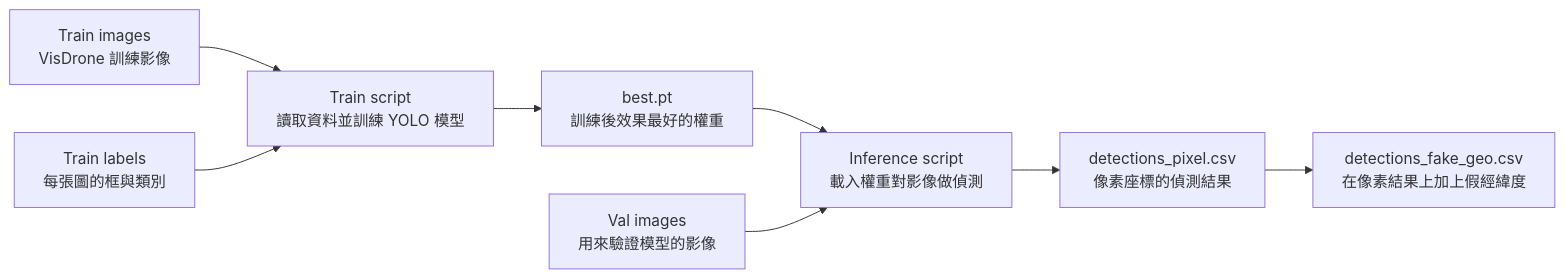
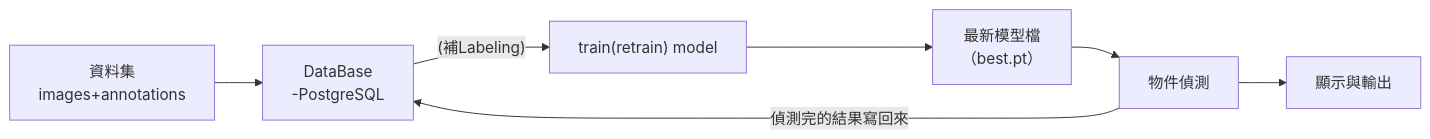
Before and after one commit to shinyau0703-dot/VISDRONE: the diagram in docs/workflow.md, drawn with Mermaid. The commit also changed other lines of this file and 1 other file, not shown here.

````diff
--- a/docs/workflow.md
+++ b/docs/workflow.md
@@ -5,22 +2,22 @@
 ```mermaid
 flowchart LR
-    TrainImgs["Train images<br/>VisDrone 訓練影像"]
-    TrainLbls["Train labels<br/>每張圖的框與類別"]
-    ValImgs["Val images<br/>用來驗證模型的影像"]
 
-    TrainProc["Train script<br/>讀取資料並訓練 YOLO 模型"]
-    Weights["best.pt<br/>訓練後效果最好的權重"]
+    A["資料集<br/>images+annotations"]
+    B["DataBase<br/>-PostgreSQL"]
+    C["train(retrain) model"]
+    D["最新模型檔<br/>（best.pt）"]
+    E["物件偵測"]
+    F["顯示與輸出"]
 
-    InferProc["Inference script<br/>載入權重對影像做偵測"]
-    CsvPix["detections_pixel.csv<br/>像素座標的偵測結果"]
-    CsvGeo["detections_fake_geo.csv<br/>在像素結果上加上假經緯度"]
+    %% 主流程：從圖片到偵測結果
+    A --> B
+    E -->|"偵測完的結果寫回來"| B
 
-    TrainImgs --> TrainProc
-    TrainLbls --> TrainProc
-    TrainProc --> Weights
+    %% Retrain 循環
+    B -->|"(補Labeling)"| C
+    C --> D
+    D --> E
 
-    Weights --> InferProc
-    ValImgs --> InferProc
-    InferProc --> CsvPix
-    CsvPix --> CsvGeo
+    %% 給使用者看的輸出
+    E --> F
 ```
````
